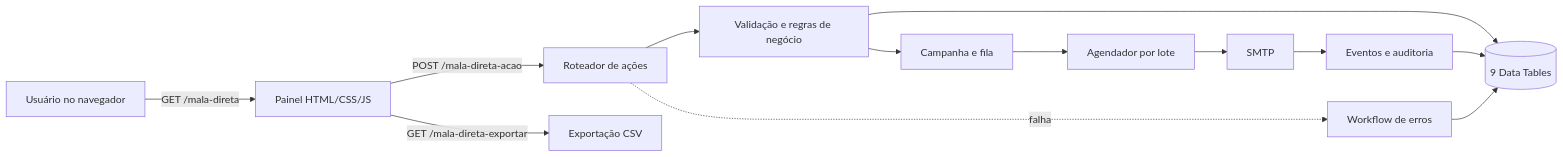
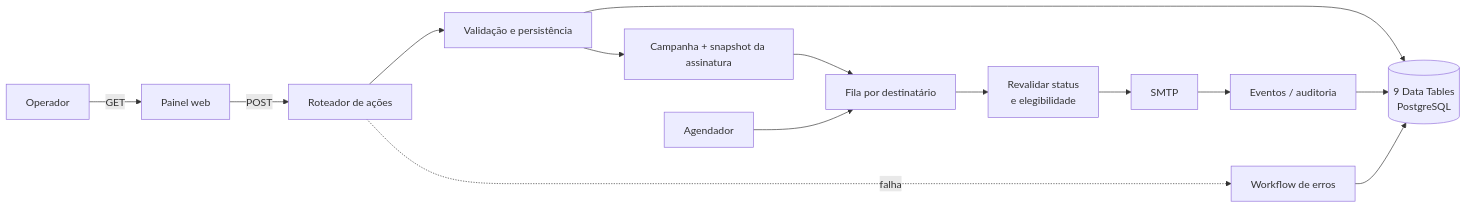
Before and after one commit to Mayconxzdev/MalaDireta: the diagram in README.md, drawn with Mermaid. The commit also changed other lines of this file and 20 other files, not shown here.

Commit message:
feat: atualiza case de mala direta para portfolio

````diff
--- a/README.md
+++ b/README.md
@@ -78,15 +82,16 @@
 ```mermaid
 flowchart LR
-    U["Usuário no navegador"] -->|GET /mala-direta| P["Painel HTML/CSS/JS"]
-    P -->|POST /mala-direta-acao| R["Roteador de ações"]
-    P -->|GET /mala-direta-exportar| X["Exportação CSV"]
-    R --> V["Validação e regras de negócio"]
-    V --> D[("9 Data Tables")]
-    V --> Q["Campanha e fila"]
-    Q --> S["Agendador por lote"]
-    S --> M["SMTP"]
-    M --> E["Eventos e auditoria"]
+    U["Operador"] -->|GET| P["Painel web"]
+    P -->|POST| R["Roteador de ações"]
+    R --> V["Validação e persistência"]
+    V --> C["Campanha + snapshot da assinatura"]
+    C --> Q["Fila por destinatário"]
+    T["Agendador"] --> Q
+    Q --> G["Revalidar status\ne elegibilidade"]
+    G --> S["SMTP"]
+    S --> A["Eventos / auditoria"]
+    V --> D[("9 Data Tables\nPostgreSQL")]
+    A --> D
+    R -. falha .-> E["Workflow de erros"]
     E --> D
-    R -. falha .-> H["Workflow de erros"]
-    H --> D
 ```
````
